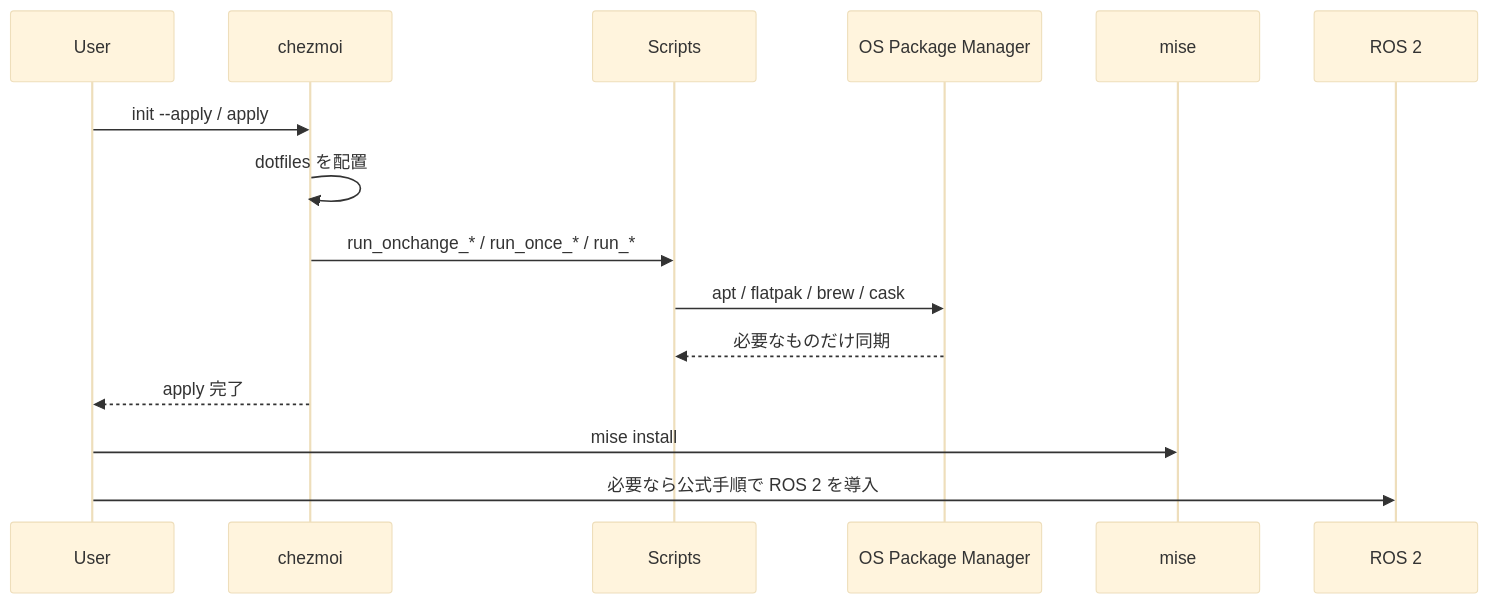
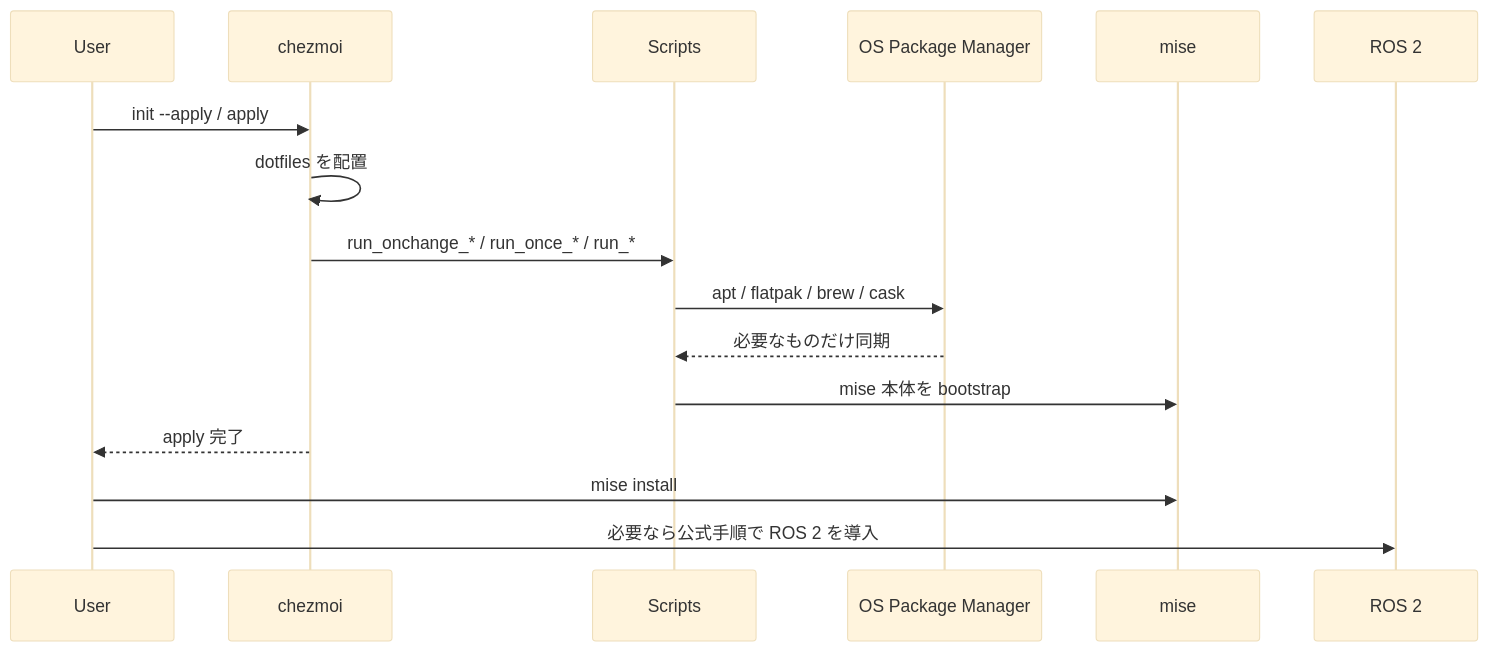
The diagram in README.md (TomiXRM/dotfiles), drawn with Mermaid (base theme) before and after one commit. The commit also changed other lines of this file and 6 other files, not shown here.

Commit message:
Bootstrap mise with shared installer

````diff
--- a/README.md
+++ b/README.md
@@ -41,18 +41,19 @@
 ```mermaid
 sequenceDiagram
     participant U as User
     participant C as chezmoi
     participant S as Scripts
     participant O as OS Package Manager
     participant M as mise
     participant R as ROS 2
 
     U->>C: init --apply / apply
     C->>C: dotfiles を配置
     C->>S: run_onchange_* / run_once_* / run_*
     S->>O: apt / flatpak / brew / cask
     O-->>S: 必要なものだけ同期
+    S->>M: mise 本体を bootstrap
     C-->>U: apply 完了
     U->>M: mise install
     U->>R: 必要なら公式手順で ROS 2 を導入
 ```
````
